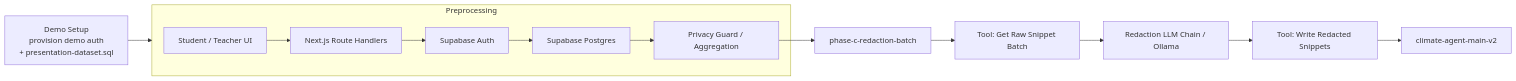
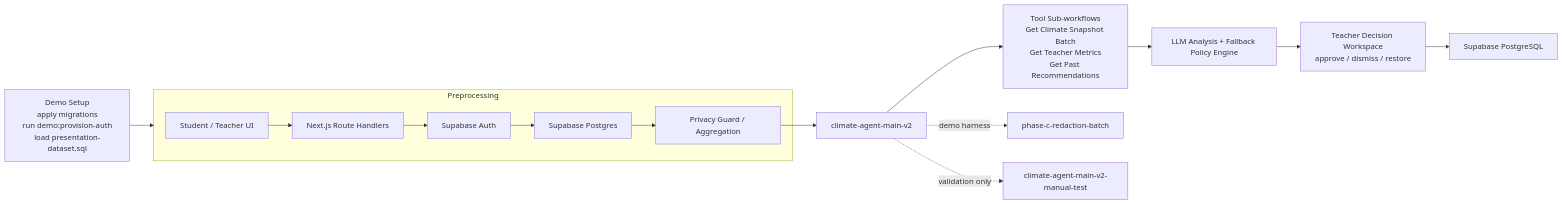
Before and after one commit to R1KASAN/Agentic-AI-Project: the diagram in docs/n8n-demo-execution-guide.md, drawn with Mermaid. The commit also changed other lines of this file and 9 other files, not shown here.

````diff
--- a/docs/n8n-demo-execution-guide.md
+++ b/docs/n8n-demo-execution-guide.md
@@ -65,19 +65,19 @@
 ```mermaid
 flowchart LR
-    DS["Demo Setup
-    provision demo auth
-    + presentation-dataset.sql"] --> PRE
+    DS["Demo Setup<br/>apply migrations<br/>run demo:provision-auth<br/>load presentation-dataset.sql"] --> PRE
 
     subgraph PRE["Preprocessing"]
         PRE1["Student / Teacher UI"] --> PRE2["Next.js Route Handlers"]
         PRE2 --> PRE3["Supabase Auth"]
         PRE3 --> PRE4["Supabase Postgres"]
         PRE4 --> PRE5["Privacy Guard / Aggregation"]
     end
 
-    PRE5 --> DEMO["phase-c-redaction-batch"]
-    DEMO --> CHILD["Tool: Get Raw Snippet Batch"]
-    CHILD --> LLM["Redaction LLM Chain / Ollama"]
-    LLM --> WRITE["Tool: Write Redacted Snippets"]
-    WRITE --> MAIN["climate-agent-main-v2"]
+    PRE5 --> MAIN["climate-agent-main-v2"]
+    MAIN --> CHILD["Tool Sub-workflows<br/>Get Climate Snapshot Batch<br/>Get Teacher Metrics<br/>Get Past Recommendations"]
+    CHILD --> LLM["LLM Analysis + Fallback Policy Engine"]
+    LLM --> WRITE["Teacher Decision Workspace<br/>approve / dismiss / restore"]
+    WRITE --> DB["Supabase PostgreSQL"]
+    MAIN -. demo harness .-> DEMO["phase-c-redaction-batch"]
+    MAIN -. validation only .-> TEST["climate-agent-main-v2-manual-test"]
 ```
````
